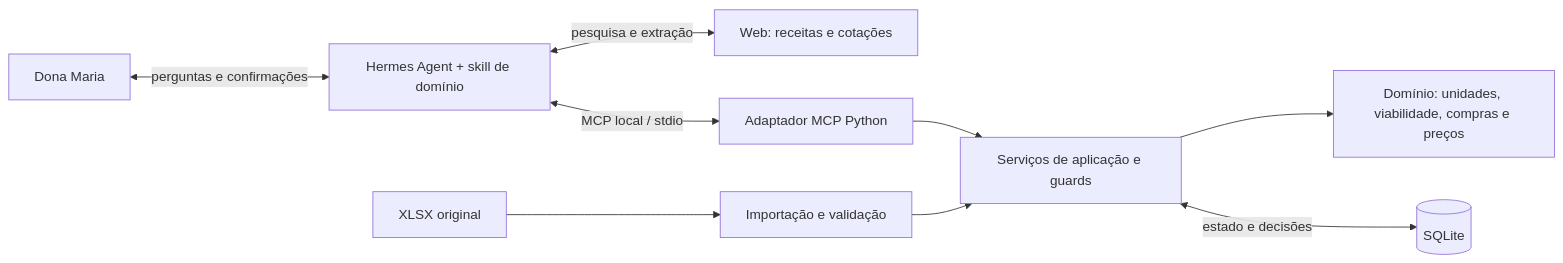
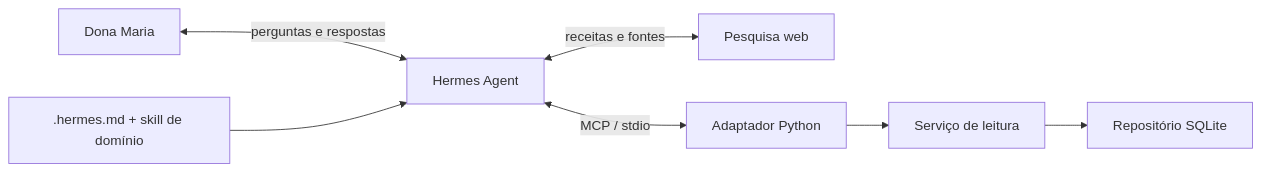
One commit to glaucia86/sabor-da-maria-hermes-agent changed the diagram in README.md. Above: the diagram before and after it, drawn with Mermaid. The commit also changed other lines of this file and 18 other files, not shown here.

````diff
--- a/README.md
+++ b/README.md
@@ -67,11 +73,9 @@
 ```mermaid
 flowchart LR
-    U["Dona Maria"] <-->|"perguntas e confirmações"| H["Hermes Agent + skill de domínio"]
-    H <-->|"pesquisa e extração"| W["Web: receitas e cotações"]
-    H <-->|"MCP local / stdio"| M["Adaptador MCP Python"]
-    M --> A["Serviços de aplicação e guards"]
-    A --> D["Domínio: unidades, viabilidade, compras e preços"]
-    A <-->|"estado e decisões"| S[("SQLite")]
-    X["XLSX original"] --> I["Importação e validação"]
-    I --> A
+    U["Dona Maria"] <-->|"perguntas e respostas"| H["Hermes Agent"]
+    C[".hermes.md + skill de domínio"] --> H
+    H <-->|"receitas e fontes"| W["Pesquisa web"]
+    H <-->|"MCP / stdio"| M["Adaptador Python"]
+    M --> S["Serviço de leitura"]
+    S --> R["Repositório SQLite"]
 ```
````
